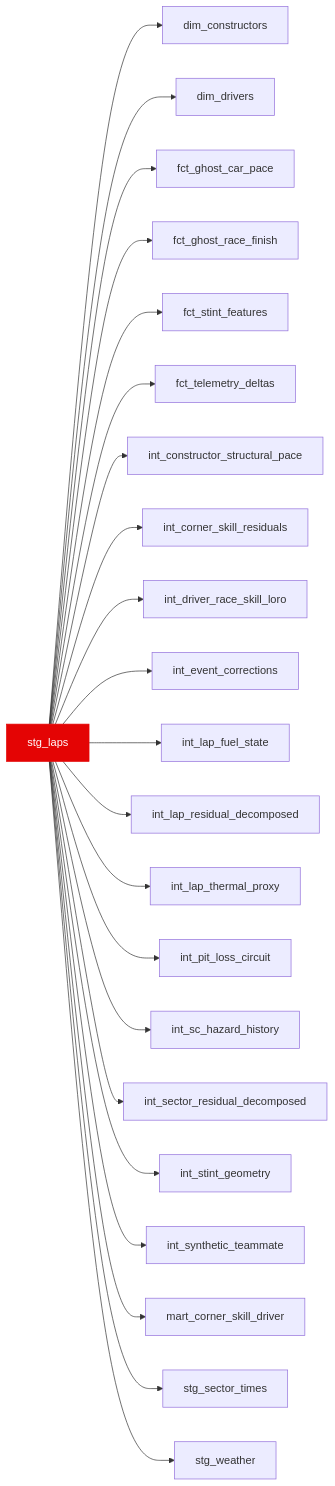
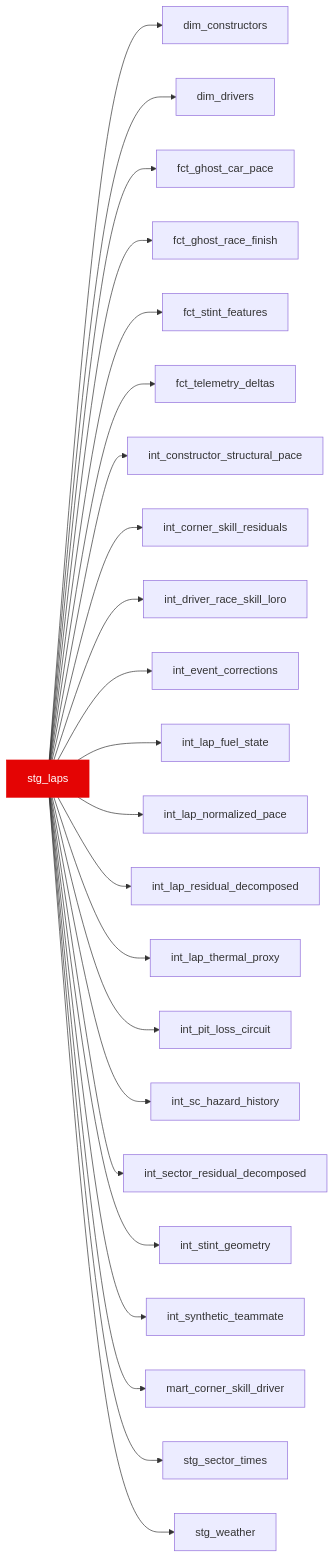
One commit to JustinClarke/off-the-pace changed the diagram in docs/reference/models/stg/stg_laps.mdx. Above: the diagram before and after it, drawn with Mermaid. The commit also changed 31 other files, not shown here.

Commit message:
new SQL model, ,  calculates the normalized lap pace by removing the effects of dirty air

````diff
--- a/docs/reference/models/stg/stg_laps.mdx
+++ b/docs/reference/models/stg/stg_laps.mdx
@@ -15,25 +15,26 @@
 ```mermaid
 flowchart LR
   stg_laps --> dim_constructors
   stg_laps --> dim_drivers
   stg_laps --> fct_ghost_car_pace
   stg_laps --> fct_ghost_race_finish
   stg_laps --> fct_stint_features
   stg_laps --> fct_telemetry_deltas
   stg_laps --> int_constructor_structural_pace
   stg_laps --> int_corner_skill_residuals
   stg_laps --> int_driver_race_skill_loro
   stg_laps --> int_event_corrections
   stg_laps --> int_lap_fuel_state
+  stg_laps --> int_lap_normalized_pace
   stg_laps --> int_lap_residual_decomposed
   stg_laps --> int_lap_thermal_proxy
   stg_laps --> int_pit_loss_circuit
   stg_laps --> int_sc_hazard_history
   stg_laps --> int_sector_residual_decomposed
   stg_laps --> int_stint_geometry
   stg_laps --> int_synthetic_teammate
   stg_laps --> mart_corner_skill_driver
   stg_laps --> stg_sector_times
   stg_laps --> stg_weather
   style stg_laps fill:#e40404,stroke:#e40404,color:#fff
 ```
````
